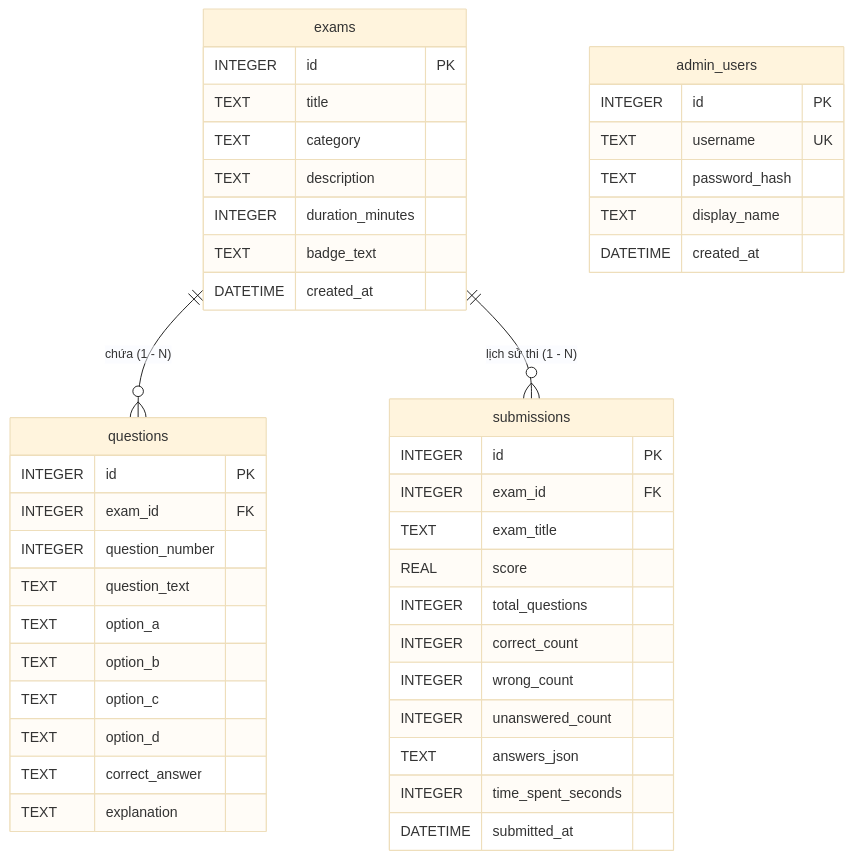
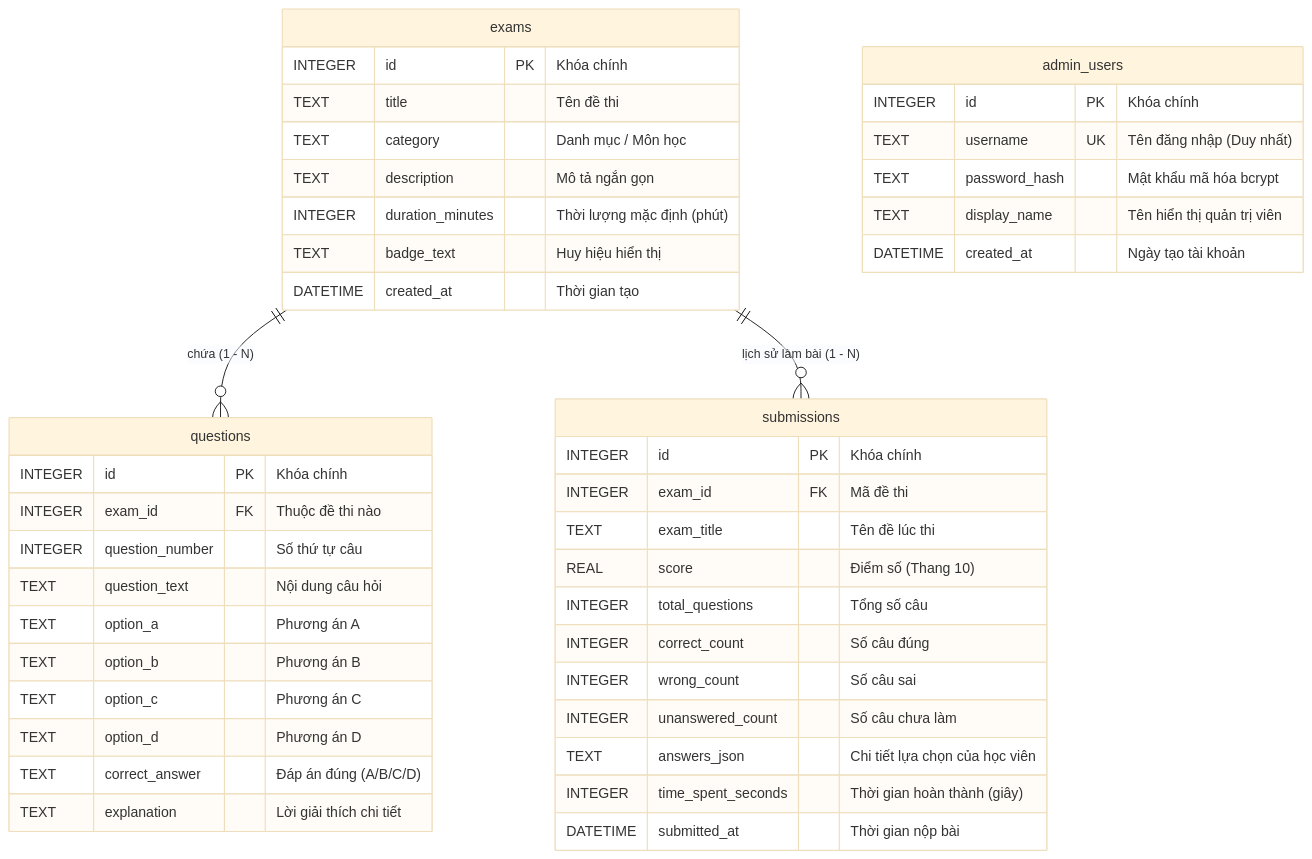
Before and after one commit to PhucPhanHT/Tracnghiemfree: the second of 5 diagrams in README.md, drawn with Mermaid (base theme). The commit also changed other lines of this file and 1 other file, not shown here.

````diff
--- a/README.md
+++ b/README.md
@@ -159,50 +171,50 @@
 ```mermaid
 erDiagram
     exams ||--o{ questions : "chứa (1 - N)"
-    exams ||--o{ submissions : "lịch sử thi (1 - N)"
+    exams ||--o{ submissions : "lịch sử làm bài (1 - N)"
     
     exams {
-        INTEGER id PK
-        TEXT title
-        TEXT category
-        TEXT description
-        INTEGER duration_minutes
-        TEXT badge_text
-        DATETIME created_at
+        INTEGER id PK "Khóa chính"
+        TEXT title "Tên đề thi"
+        TEXT category "Danh mục / Môn học"
+        TEXT description "Mô tả ngắn gọn"
+        INTEGER duration_minutes "Thời lượng mặc định (phút)"
+        TEXT badge_text "Huy hiệu hiển thị"
+        DATETIME created_at "Thời gian tạo"
     }
 
     questions {
-        INTEGER id PK
-        INTEGER exam_id FK
-        INTEGER question_number
-        TEXT question_text
-        TEXT option_a
-        TEXT option_b
-        TEXT option_c
-        TEXT option_d
-        TEXT correct_answer
-        TEXT explanation
+        INTEGER id PK "Khóa chính"
+        INTEGER exam_id FK "Thuộc đề thi nào"
+        INTEGER question_number "Số thứ tự câu"
+        TEXT question_text "Nội dung câu hỏi"
+        TEXT option_a "Phương án A"
+        TEXT option_b "Phương án B"
+        TEXT option_c "Phương án C"
+        TEXT option_d "Phương án D"
+        TEXT correct_answer "Đáp án đúng (A/B/C/D)"
+        TEXT explanation "Lời giải thích chi tiết"
     }
 
     submissions {
-        INTEGER id PK
-        INTEGER exam_id FK
-        TEXT exam_title
-        REAL score
-        INTEGER total_questions
-        INTEGER correct_count
-        INTEGER wrong_count
-        INTEGER unanswered_count
-        TEXT answers_json
-        INTEGER time_spent_seconds
-        DATETIME submitted_at
+        INTEGER id PK "Khóa chính"
+        INTEGER exam_id FK "Mã đề thi"
+        TEXT exam_title "Tên đề lúc thi"
+        REAL score "Điểm số (Thang 10)"
+        INTEGER total_questions "Tổng số câu"
+        INTEGER correct_count "Số câu đúng"
+        INTEGER wrong_count "Số câu sai"
+        INTEGER unanswered_count "Số câu chưa làm"
+        TEXT answers_json "Chi tiết lựa chọn của học viên"
+        INTEGER time_spent_seconds "Thời gian hoàn thành (giây)"
+        DATETIME submitted_at "Thời gian nộp bài"
     }
 
     admin_users {
-        INTEGER id PK
-        TEXT username UK
-        TEXT password_hash
-        TEXT display_name
-        DATETIME created_at
+        INTEGER id PK "Khóa chính"
+        TEXT username UK "Tên đăng nhập (Duy nhất)"
+        TEXT password_hash "Mật khẩu mã hóa bcrypt"
+        TEXT display_name "Tên hiển thị quản trị viên"
+        DATETIME created_at "Ngày tạo tài khoản"
     }
 ```
````
